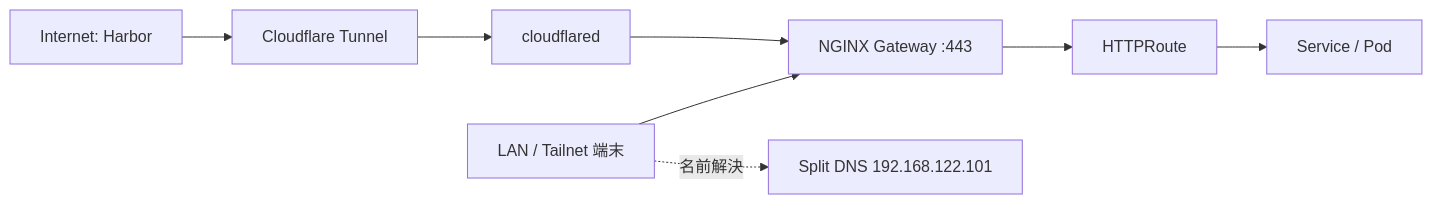
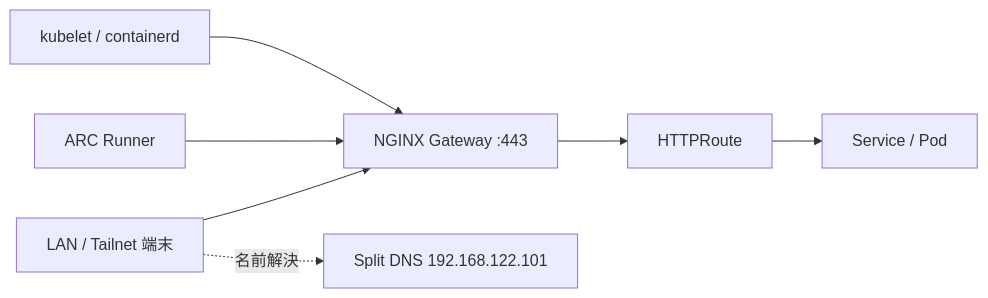
The diagram in docs/access.md (ksera524/k8s_myHome), drawn with Mermaid before and after one commit. The commit also changed other lines of this file and 32 other files, not shown here.

````diff
--- a/docs/access.md
+++ b/docs/access.md
@@ -6,10 +6,9 @@
 ```mermaid
 flowchart LR
-  Internet[Internet: Harbor] --> CF[Cloudflare Tunnel]
-  CF --> Tunnel[cloudflared]
-  Tunnel --> GW[NGINX Gateway :443]
+  Nodes[kubelet / containerd] --> GW[NGINX Gateway :443]
+  ARC[ARC Runner] --> GW
   Client[LAN / Tailnet 端末] --> GW
   Client -. 名前解決 .-> DNS[Split DNS 192.168.122.101]
   GW --> Route[HTTPRoute]
   Route --> Service[Service / Pod]
 ```
````
